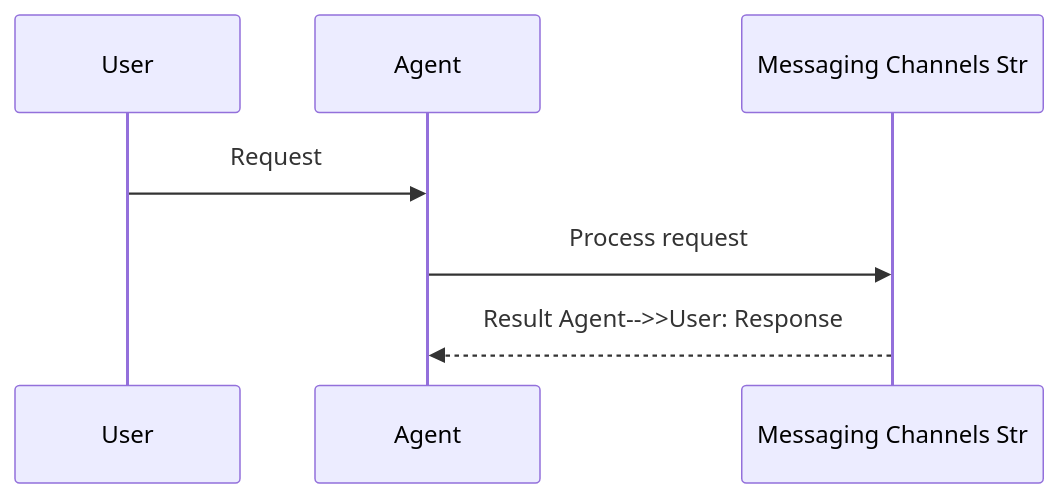
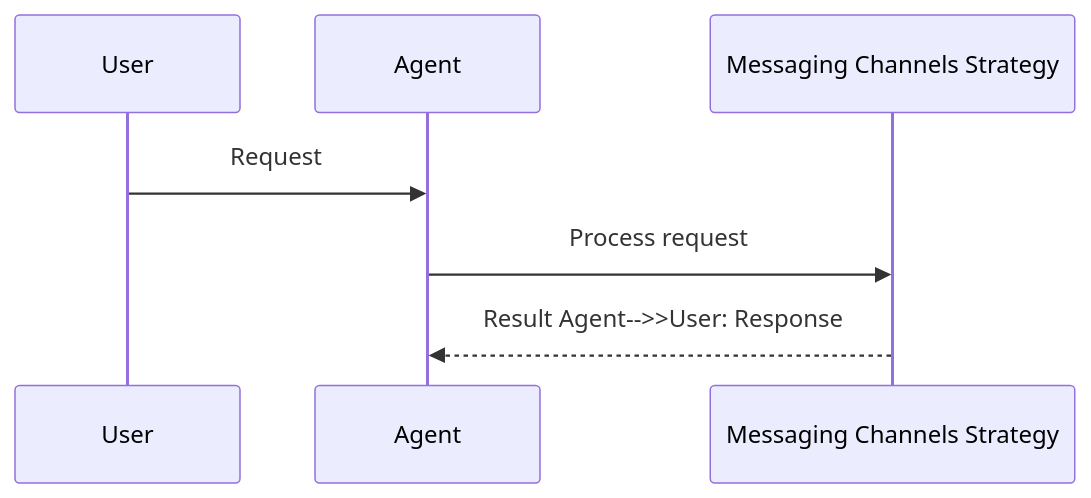
One commit to MervinPraison/PraisonAIDocs changed the second of 2 diagrams in docs/features/messaging-channels-strategy.mdx. Above: the diagram before and after it, drawn with Mermaid. The commit also changed 45 other files, not shown here.

First line of the commit message:
docs: fix truncated Mermaid diagram feature names (22-char cutoff)

````diff
--- a/docs/features/messaging-channels-strategy.mdx
+++ b/docs/features/messaging-channels-strategy.mdx
@@ -39,10 +39,10 @@
 ```mermaid
 sequenceDiagram
     participant User
     participant Agent
-    participant Feature as Messaging Channels Str
+    participant Feature as Messaging Channels Strategy
 
     User->>Agent: Request
     Agent->>Feature: Process request
     Feature-->>Agent: Result    Agent-->>User: Response
 ```
````
